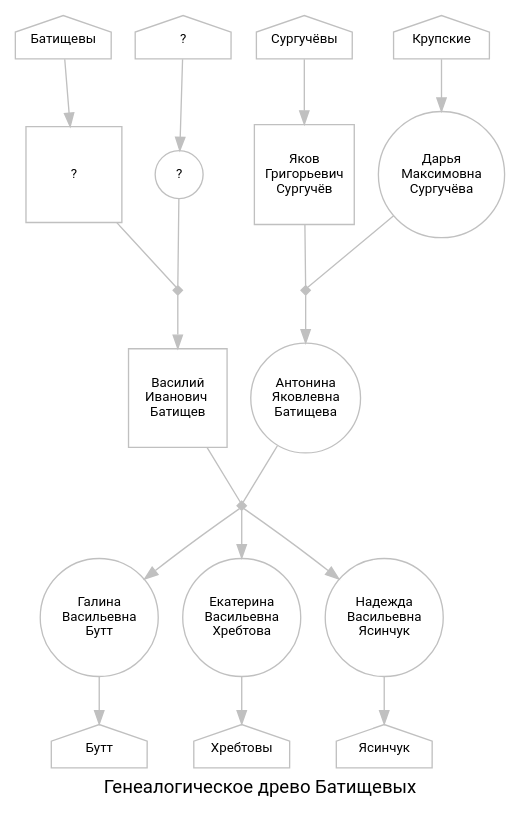
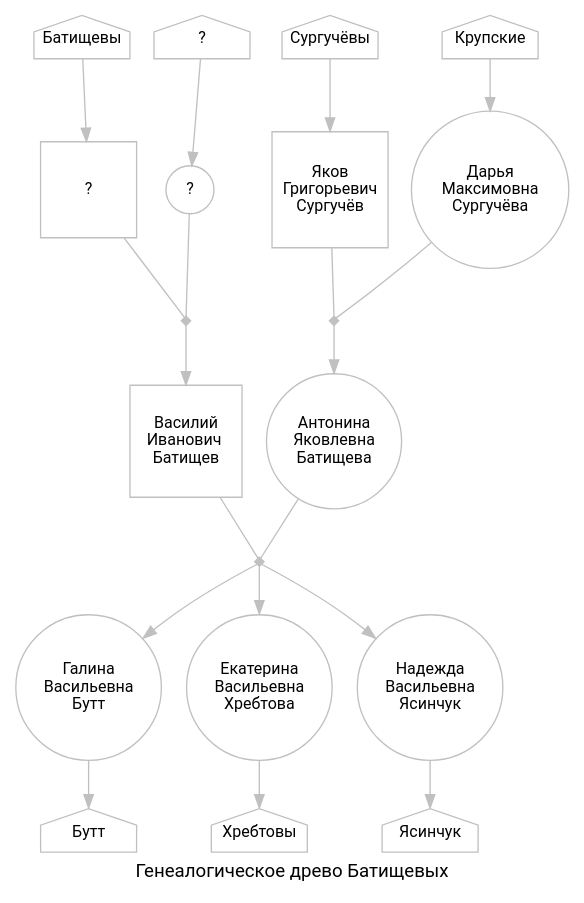
One commit to EryxSpp/VM changed the diagram in Батищевы/index.qmd. Above: the diagram before and after it, drawn with Graphviz. The commit also changed 1 other file, not shown here.

Commit message:
Отработка Dot-схемы

````diff
--- a/Батищевы/index.qmd
+++ b/Батищевы/index.qmd
@@ -11,50 +11,52 @@
 ```{dot}
-digraph Батищевы           {
+digraph Батищевы {
 fontname="Roboto,Helvetica,Arial,sans-serif"
-node [fontname="Roboto,Helvetica,Arial,sans-serif", fontsize=10, color=silver]
-edge [fontname="Roboto,Helvetica,Arial,sans-serif", fontsize=10, color=silver]
+node [fontname="Roboto,Helvetica,Arial,sans-serif", fontsize=12, color=silver]
+edge [fontname="Roboto,Helvetica,Arial,sans-serif", fontsize=12, color=silver]
 
 # page = "8.2677165,11.692913" ;
-ratio = "auto" ;
+#
 mincross = 2.0 ;
+mclimit = 2.0; 
 label = "Генеалогическое древо Батищевых" ;
+labeldistance = 0
 
 TPA[shape=house, fixedsize=true, regular=0,style=filled,fillcolor=white,label="Батищевы", width=1];
 PA[shape=box, regular=1,style=filled,fillcolor=white,label="?", width=1];
 TPA -> PA;
 TMA[shape=house, fixedsize=true, regular=0,style=filled,fillcolor=white,label="?", width=1];
 MA[shape=circle, regular=1,style=filled,fillcolor=white,label="?"];
 TMA -> MA;
 XA [shape=diamond,style=filled,label="",height=.1,width=.1] ;
 A [shape=box, regular=1,style=filled,fillcolor=white,label=" Василий \n  Иванович  \n Батищев ", width=1, URL="//Батищевы/Василий_Иванович/index.qmd"];
 PA -> XA[dir=none,weight=1];
 MA -> XA[dir=none,weight=1];
 XA -> A[weight=1];
 TPB[shape=house, fixedsize=true, regular=0,style=filled,fillcolor=white,label="Сургучёвы", width=1];
 TPB -> PB;
 PB[shape=box, regular=1,style=filled,fillcolor=white,label="Яков\nГригорьевич\nСургучёв", width=1];
 TMB[shape=house, fixedsize=true, regular=0,style=filled,fillcolor=white,label="Крупские", width=1];
 MB[shape=circle, regular=1,style=filled,fillcolor=white,label="Дарья\nМаксимовна\nСургучёва", width=1];
 TMB -> MB;
 XB [shape=diamond,style=filled,label="",height=.1,width=.1] ;
 B [shape=circle, regular=1,style=filled,fillcolor=white,label="Антонина\nЯковлевна\nБатищева", width=1] ;
 PB -> XB[dir=none,weight=1];
 MB -> XB[dir=none,weight=1];
 XB -> B[weight=1];
 XC [shape=diamond,style=filled,label="",height=.1,width=.1] ;
 A -> XC[dir=none,weight=1];
 B -> XC[dir=none,weight=1];
 C1 [shape=circle, regular=1,style=filled,fillcolor=white,label="Галина\nВасильевна\nБутт", width=1] ;
 C2 [shape=circle, regular=1,style=filled,fillcolor=white,label="Екатерина\nВасильевна\nХребтова", width=1] ;
 C3 [shape=circle, regular=1,style=filled,fillcolor=white,label="Надежда\nВасильевна\nЯсинчук", width=1] ;
 XC -> C1;
 XC -> C2;
 XC -> C3;
 TC1[shape=house, fixedsize=true, regular=0,style=filled,fillcolor=white,label="Бутт", width=1];
 C1 ->TC1;
 TC2[shape=house, fixedsize=true, regular=0,style=filled,fillcolor=white,label="Хребтовы", width=1];
 C2 ->TC2;
 TC3[shape=house, fixedsize=true, regular=0,style=filled,fillcolor=white,label="Ясинчук", width=1];
 C3 ->TC3;
 }
 ```
````
